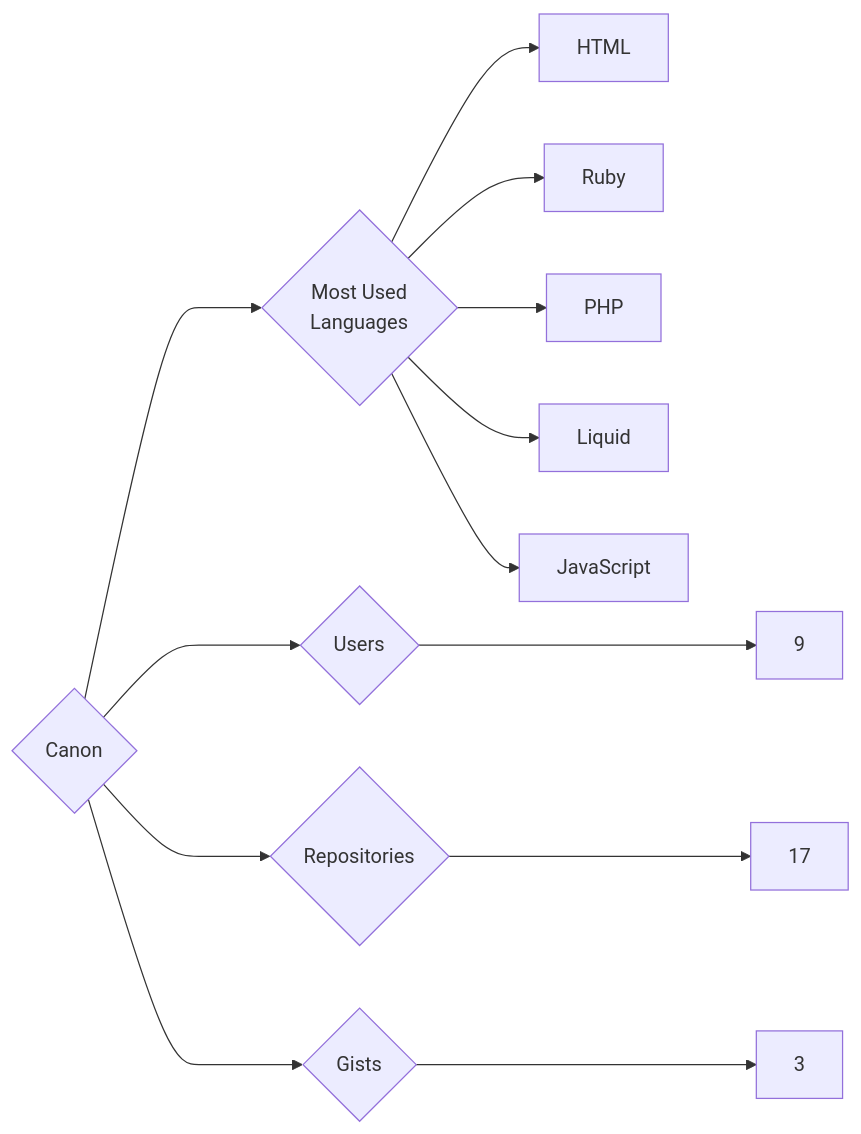
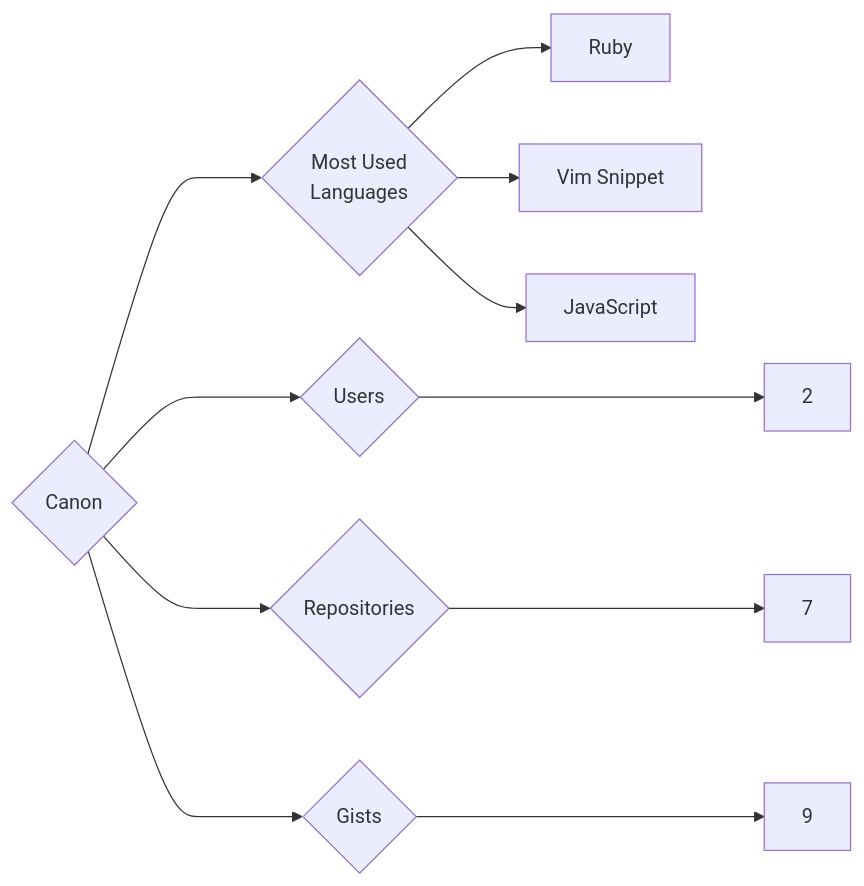
One commit to trickest/insiders changed the diagram in targets/Canon/README.md. Above: the diagram before and after it, drawn with Mermaid. The commit also changed 933 other files, not shown here.

````diff
--- a/targets/Canon/README.md
+++ b/targets/Canon/README.md
@@ -3,13 +3,11 @@
 ```mermaid
 graph LR
 COMPANY_NAME{Canon}
-COMPANY_NAME ---> U{Users} ---> UN[9]
-COMPANY_NAME ---> R{Repositories} ---> RN[17]
-COMPANY_NAME ---> G{Gists} ---> GN[3]
+COMPANY_NAME ---> U{Users} ---> UN[2]
+COMPANY_NAME ---> R{Repositories} ---> RN[7]
+COMPANY_NAME ---> G{Gists} ---> GN[9]
 COMPANY_NAME ---> ML{Most Used<br>Languages}
-ML --> HTML[HTML]
 ML --> Ruby[Ruby]
-ML --> PHP[PHP]
-ML --> Liquid[Liquid]
+ML --> Vim_Snippet[Vim Snippet]
 ML --> JavaScript[JavaScript]
 ```
````
